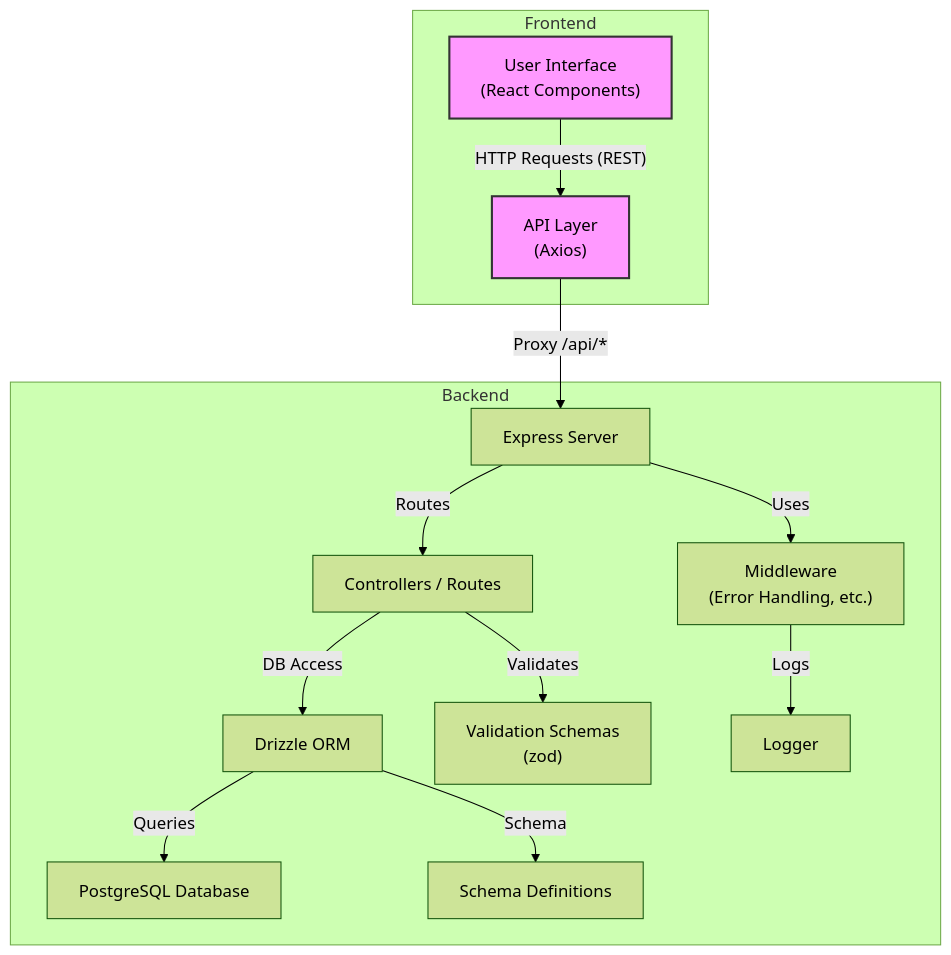
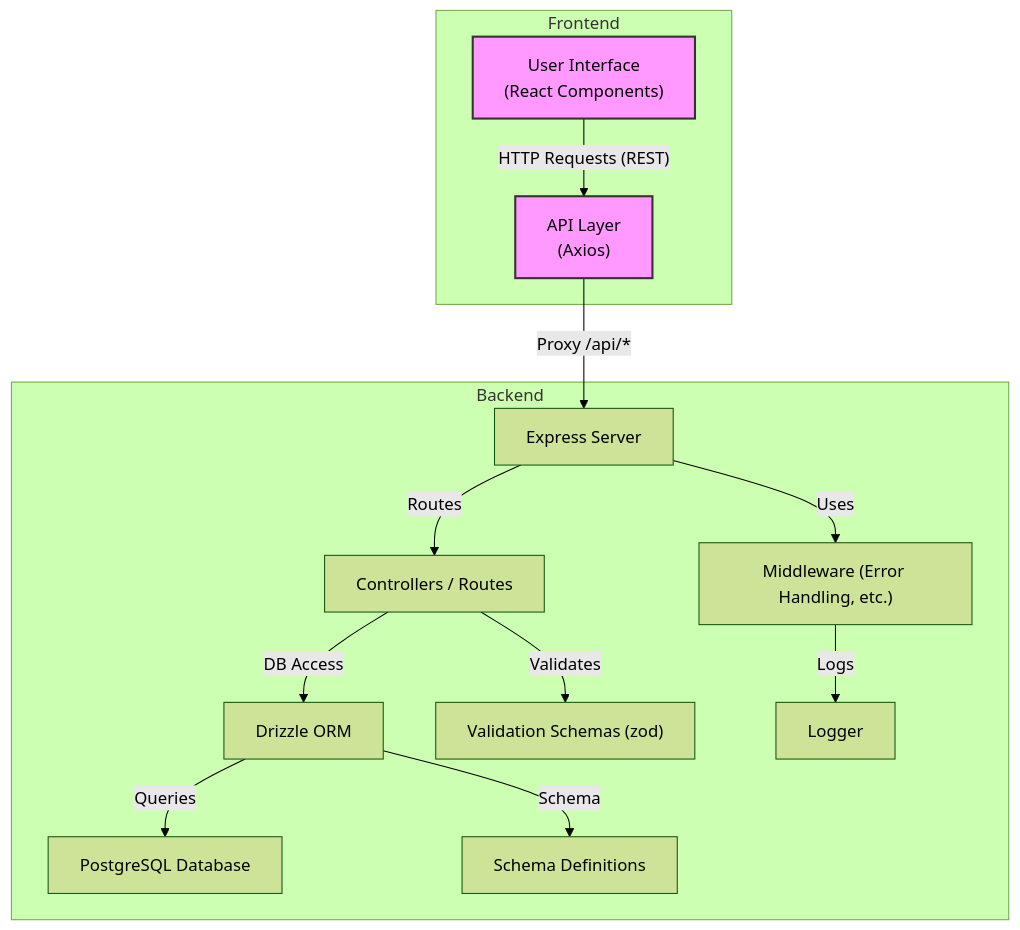
Before and after one commit to daniiprietoo/todolist-microservices: the diagram in README.md, drawn with Mermaid (forest theme).

Commit message:
Refine Mermaid diagram in README.md by adjusting formatting of middleware and validation schema labels for enhanced clarity.

````diff
--- a/README.md
+++ b/README.md
@@ -16,33 +16,33 @@
 ```mermaid
 flowchart TD
   subgraph Frontend
     FE["User Interface\n(React Components)"]
     API["API Layer\n(Axios)"]
   end
 
   subgraph Backend
     EX["Express Server"]
-    MW["Middleware\n(Error Handling, etc.)"]
+    MW["Middleware (Error Handling, etc.)"]
     CTL["Controllers / Routes"]
     ORM["Drizzle ORM"]
     DB["PostgreSQL Database"]
     SCH["Schema Definitions"]
-    VAL["Validation Schemas\n(zod)"]
+    VAL["Validation Schemas (zod)"]
     LOG["Logger"]
   end
 
   FE -- "HTTP Requests (REST)" --> API
   API -- "Proxy /api/*" --> EX
 
   EX -- "Uses" --> MW
   EX -- "Routes" --> CTL
   CTL -- "Validates" --> VAL
   CTL -- "DB Access" --> ORM
   ORM -- "Schema" --> SCH
   ORM -- "Queries" --> DB
   MW -- "Logs" --> LOG
 
   classDef highlight fill:#f9f,stroke:#333,stroke-width:2px;
   class FE,API highlight;
 
 ```
````
